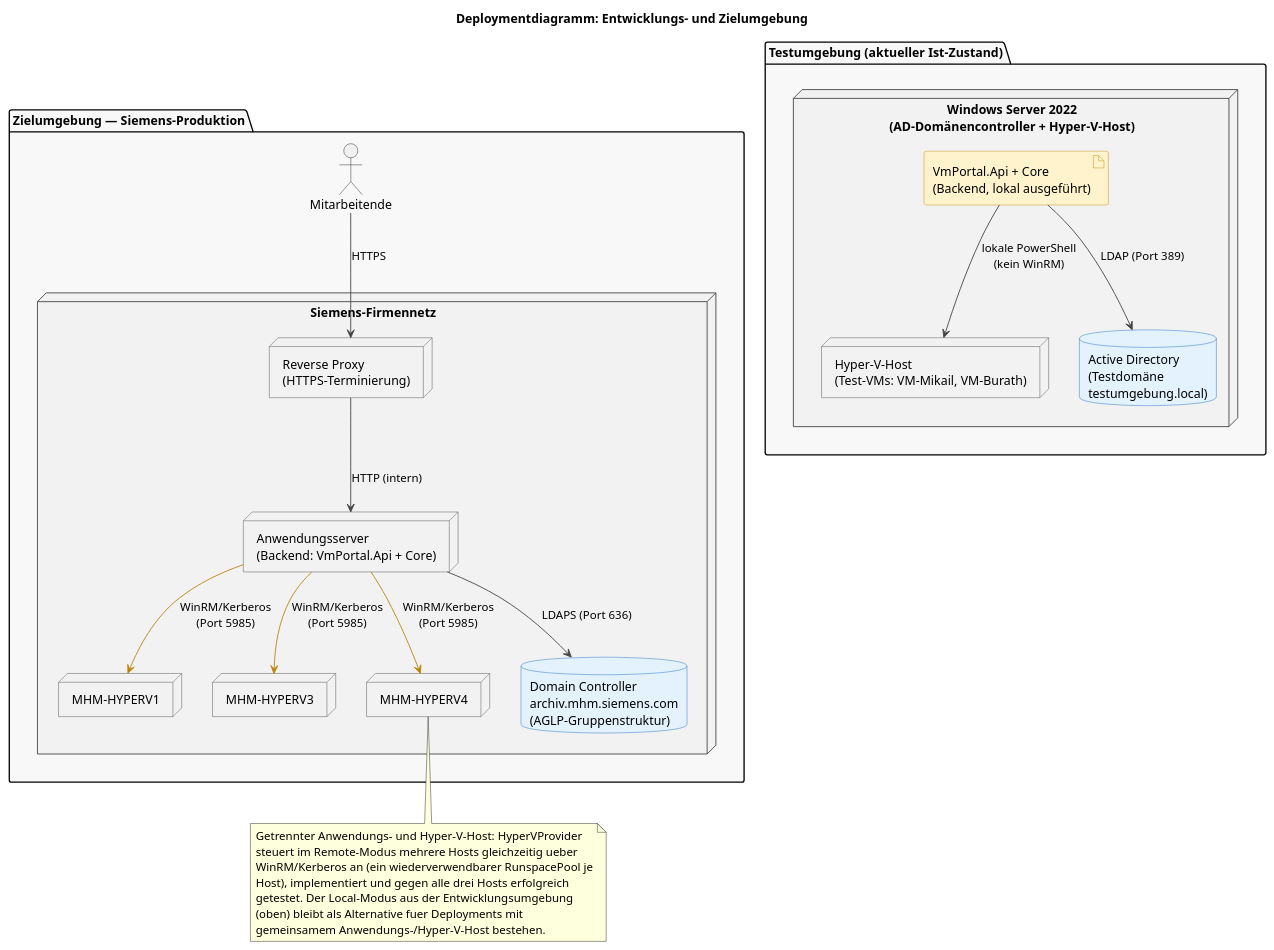
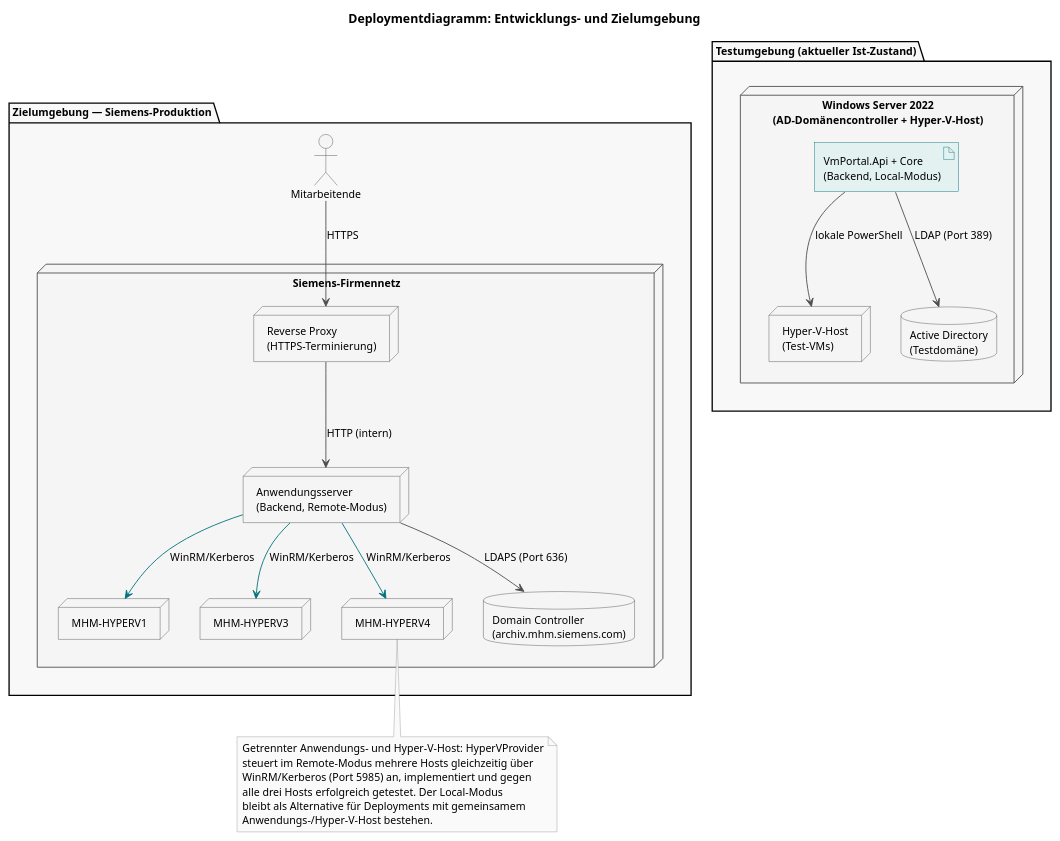
Before and after one commit to mikaildhbw/vm-portal: the diagram in thesis/diagrams/deployment_umgebungen.puml, drawn with PlantUML. The commit also changed 19 other files, not shown here.

```diff
--- a/thesis/diagrams/deployment_umgebungen.puml
+++ b/thesis/diagrams/deployment_umgebungen.puml
@@ -1,60 +1,71 @@
 @startuml deployment_umgebungen
 title Deploymentdiagramm: Entwicklungs- und Zielumgebung
 
 skinparam backgroundColor white
+skinparam shadowing false
+skinparam roundCorner 0
+skinparam defaultFontSize 12
 skinparam node {
-  BackgroundColor #F2F2F2
-  BorderColor #444444
+  BackgroundColor #F5F5F5
+  BorderColor #4D4D4D
 }
 skinparam database {
-  BackgroundColor #E3F2FD
-  BorderColor #1565C0
+  BackgroundColor #F5F5F5
+  BorderColor #4D4D4D
 }
 skinparam artifact {
-  BackgroundColor #FFF3CD
-  BorderColor #B8860B
+  BackgroundColor #E3F2F1
+  BorderColor #00707A
 }
+skinparam actor {
+  BackgroundColor #F5F5F5
+  BorderColor #4D4D4D
+}
+skinparam note {
+  BackgroundColor #FAFAFA
+  BorderColor #999999
+}
+skinparam ArrowColor #4D4D4D
 
 package "Testumgebung (aktueller Ist-Zustand)" #F8F8F8 {
   node "Windows Server 2022\n(AD-Domänencontroller + Hyper-V-Host)" as DevVM {
-    artifact "VmPortal.Api + Core\n(Backend, lokal ausgeführt)" as DevBackend
-    node "Hyper-V-Host\n(Test-VMs: VM-Mikail, VM-Burath)" as DevHyperV
-    database "Active Directory\n(Testdomäne\ntestumgebung.local)" as DevAD
+    artifact "VmPortal.Api + Core\n(Backend, Local-Modus)" as DevBackend
+    node "Hyper-V-Host\n(Test-VMs)" as DevHyperV
+    database "Active Directory\n(Testdomäne)" as DevAD
   }
-  DevBackend -[#444444]-> DevHyperV : lokale PowerShell\n(kein WinRM)
-  DevBackend -[#444444]-> DevAD : LDAP (Port 389)
+  DevBackend --> DevHyperV : lokale PowerShell
+  DevBackend --> DevAD : LDAP (Port 389)
 }
 
 package "Zielumgebung — Siemens-Produktion" #F8F8F8 {
   node "Siemens-Firmennetz" as SiemensNet {
     node "Reverse Proxy\n(HTTPS-Terminierung)" as ReverseProxy
-    node "Anwendungsserver\n(Backend: VmPortal.Api + Core)" as ProdBackend
+    node "Anwendungsserver\n(Backend, Remote-Modus)" as ProdBackend
     node "MHM-HYPERV1" as ProdHyperV1
     node "MHM-HYPERV3" as ProdHyperV3
     node "MHM-HYPERV4" as ProdHyperV4
-    database "Domain Controller\narchiv.mhm.siemens.com\n(AGLP-Gruppenstruktur)" as ProdAD
+    database "Domain Controller\n(archiv.mhm.siemens.com)" as ProdAD
   }
 
   actor "Mitarbeitende" as User
 
-  User -[#444444]-> ReverseProxy : HTTPS
-  ReverseProxy -[#444444]-> ProdBackend : HTTP (intern)
-  ProdBackend -[#B8860B]-> ProdHyperV1 : WinRM/Kerberos\n(Port 5985)
-  ProdBackend -[#B8860B]-> ProdHyperV3 : WinRM/Kerberos\n(Port 5985)
-  ProdBackend -[#B8860B]-> ProdHyperV4 : WinRM/Kerberos\n(Port 5985)
-  ProdBackend -[#444444]-> ProdAD : LDAPS (Port 636)
+  User --> ReverseProxy : HTTPS
+  ReverseProxy --> ProdBackend : HTTP (intern)
+  ProdBackend -[#00707A]-> ProdHyperV1 : WinRM/Kerberos
+  ProdBackend -[#00707A]-> ProdHyperV3 : WinRM/Kerberos
+  ProdBackend -[#00707A]-> ProdHyperV4 : WinRM/Kerberos
+  ProdBackend --> ProdAD : LDAPS (Port 636)
 }
 
 note bottom of ProdHyperV4
   Getrennter Anwendungs- und Hyper-V-Host: HyperVProvider
-  steuert im Remote-Modus mehrere Hosts gleichzeitig ueber
-  WinRM/Kerberos an (ein wiederverwendbarer RunspacePool je
-  Host), implementiert und gegen alle drei Hosts erfolgreich
-  getestet. Der Local-Modus aus der Entwicklungsumgebung
-  (oben) bleibt als Alternative fuer Deployments mit
-  gemeinsamem Anwendungs-/Hyper-V-Host bestehen.
+  steuert im Remote-Modus mehrere Hosts gleichzeitig über
+  WinRM/Kerberos (Port 5985) an, implementiert und gegen
+  alle drei Hosts erfolgreich getestet. Der Local-Modus
+  bleibt als Alternative für Deployments mit gemeinsamem
+  Anwendungs-/Hyper-V-Host bestehen.
 end note
 
 DevVM -[hidden]-> SiemensNet
 
 @enduml
```
